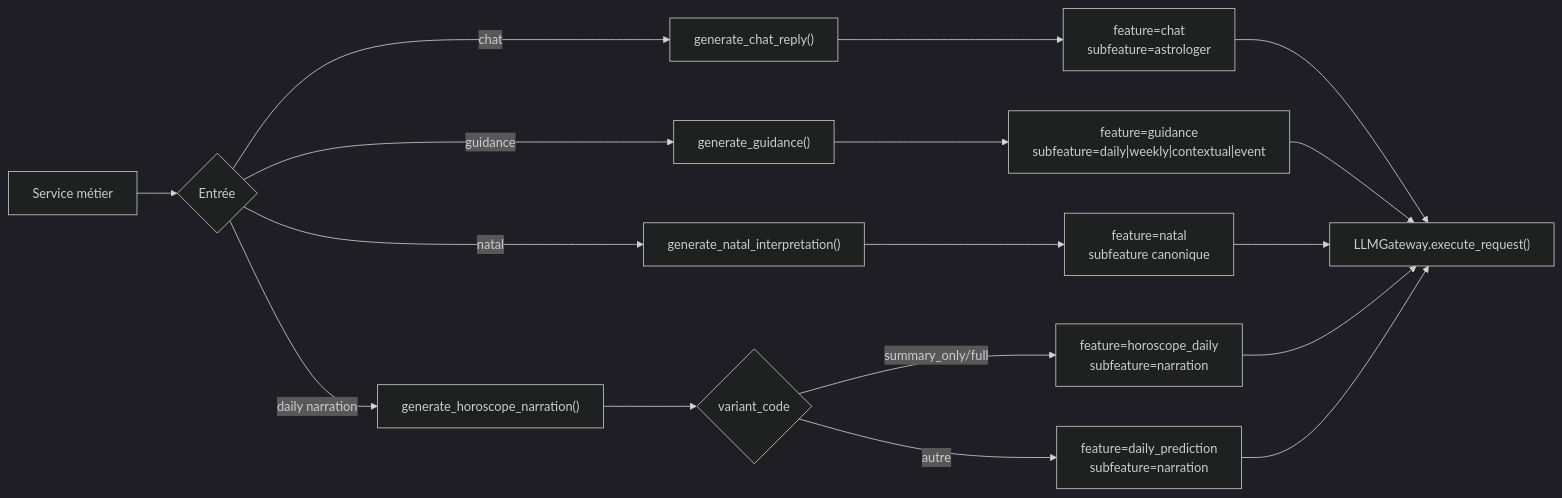
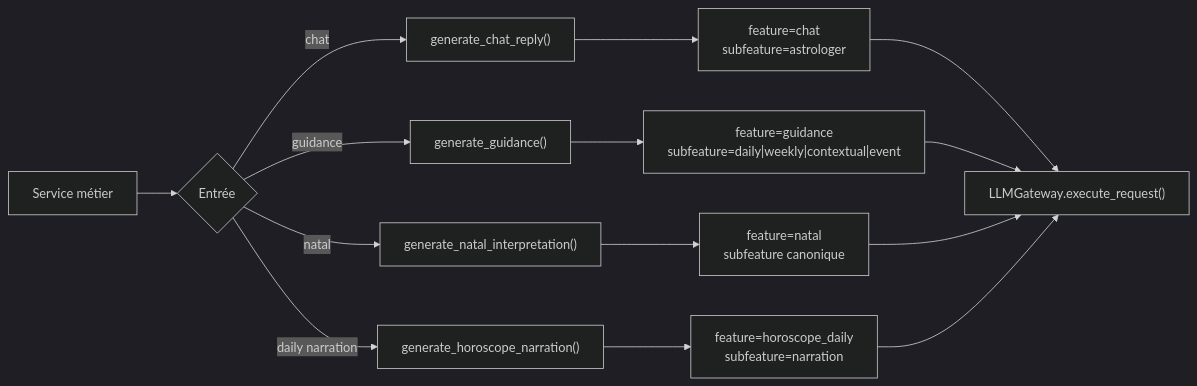
The second of 6 diagrams in docs/llm-prompt-generation-by-feature.md (daconrilcy/horoscope_front), drawn with Mermaid (dark theme) before and after one commit. The commit also changed other lines of this file and 15 other files, not shown here.

Commit message:
feat(llm): Story 66.28 closure - absorb daily_prediction into horoscope_daily

````diff
--- a/docs/llm-prompt-generation-by-feature.md
+++ b/docs/llm-prompt-generation-by-feature.md
@@ -134,21 +134,18 @@
 ```mermaid
 flowchart LR
     A["Service métier"] --> B{"Entrée"}
     B -->|chat| C["generate_chat_reply()"]
     B -->|guidance| D["generate_guidance()"]
     B -->|natal| E["generate_natal_interpretation()"]
     B -->|daily narration| F["generate_horoscope_narration()"]
 
     C --> G["feature=chat<br/>subfeature=astrologer"]
     D --> H["feature=guidance<br/>subfeature=daily|weekly|contextual|event"]
     E --> I["feature=natal<br/>subfeature canonique"]
-    F --> J{"variant_code"}
-    J -->|summary_only/full| K["feature=horoscope_daily<br/>subfeature=narration"]
-    J -->|autre| L["feature=daily_prediction<br/>subfeature=narration"]
+    F --> K["feature=horoscope_daily<br/>subfeature=narration"]
 
     G --> M["LLMGateway.execute_request()"]
     H --> M
     I --> M
     K --> M
-    L --> M
 ```
````
